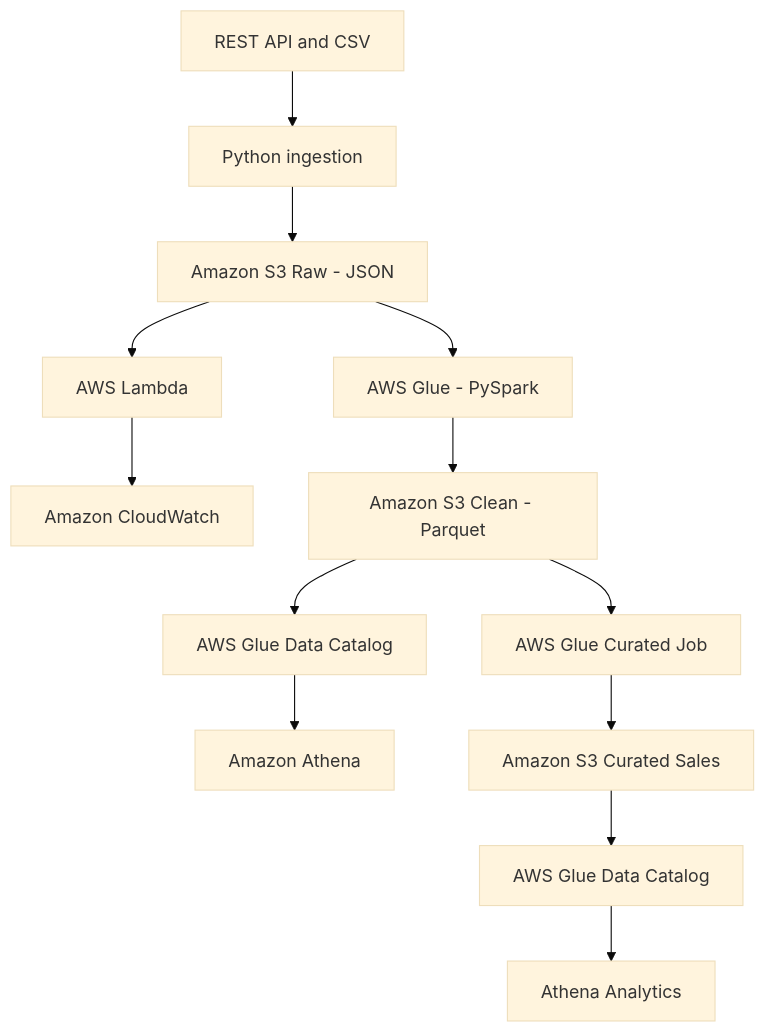
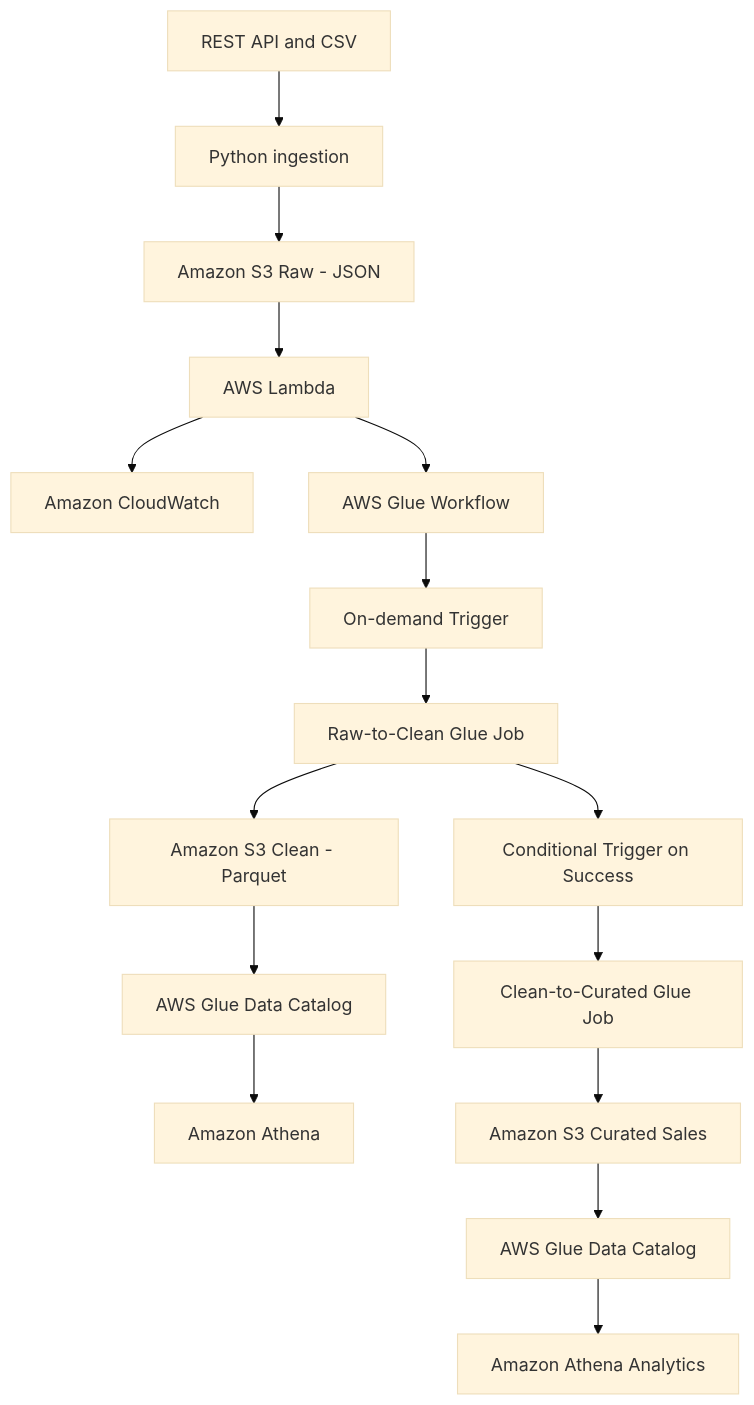
One commit to semiramisgh/aws-ecommerce-data-platform changed the diagram in README.md. Above: the diagram before and after it, drawn with Mermaid (base theme). The commit also changed other lines of this file and 5 other files, not shown here.

Commit message:
feat: orchestration Glue ETL workflow

````diff
--- a/README.md
+++ b/README.md
@@ -10,15 +10,18 @@
 ```mermaid
 flowchart TD
 A["REST API and CSV"] --> B["Python ingestion"]
 B --> C["Amazon S3 Raw - JSON"]
 C --> D["AWS Lambda"]
 D --> E["Amazon CloudWatch"]
-C --> F["AWS Glue - PySpark"]
-F --> G["Amazon S3 Clean - Parquet"]
-G --> H["AWS Glue Data Catalog"]
-H --> I["Amazon Athena"]
-G --> J["AWS Glue Curated Job"]
-J --> K["Amazon S3 Curated Sales"]
-K --> L["AWS Glue Data Catalog"]
-L --> M["Athena Analytics"]
+D --> F["AWS Glue Workflow"]
+F --> G["On-demand Trigger"]
+G --> H["Raw-to-Clean Glue Job"]
+H --> I["Amazon S3 Clean - Parquet"]
+I --> J["AWS Glue Data Catalog"]
+J --> K["Amazon Athena"]
+H --> L["Conditional Trigger on Success"]
+L --> M["Clean-to-Curated Glue Job"]
+M --> N["Amazon S3 Curated Sales"]
+N --> O["AWS Glue Data Catalog"]
+O --> P["Amazon Athena Analytics"]
 ```
````
